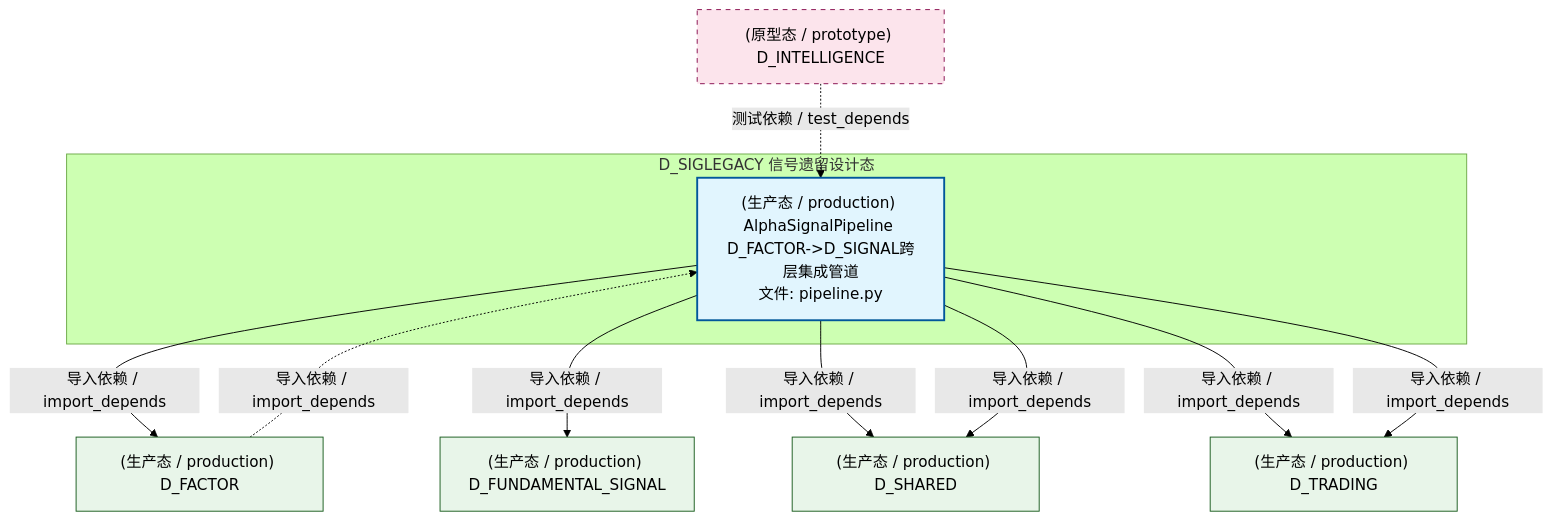
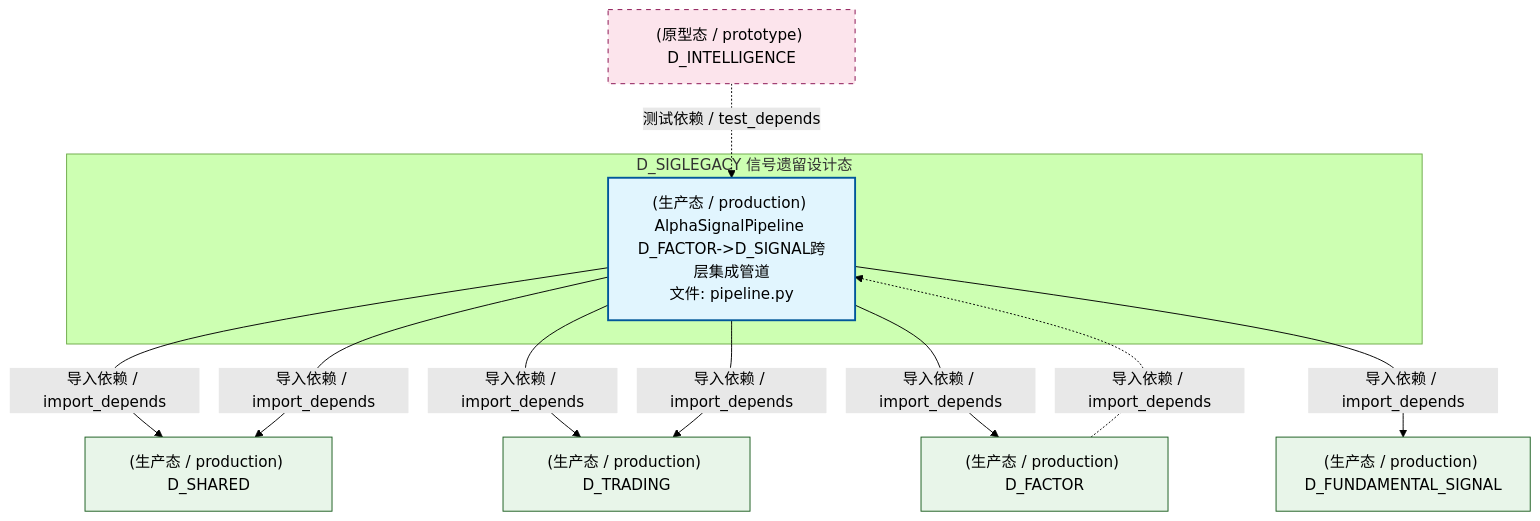
The second of 4 diagrams in docs/02_enterprise_architecture/02_domain_architecture_docs/63_d_siglegacy.md (xuanFelixVan/ZephyrAlpha), drawn with Mermaid (forest theme) before and after one commit. The commit also changed other lines of this file and 124 other files, not shown here.

````diff
--- a/docs/02_enterprise_architecture/02_domain_architecture_docs/63_d_siglegacy.md
+++ b/docs/02_enterprise_architecture/02_domain_architecture_docs/63_d_siglegacy.md
@@ -138,26 +138,26 @@
 ```mermaid
 graph TD
     subgraph D_SIGLEGACY["D_SIGLEGACY 信号遗留设计态"]
         src_zephyr_signal_fundamental_pipeline_py["(生产态 / production) AlphaSignalPipeline D_FACTOR->D_SIGNAL跨层集成管道<br/>文件: pipeline.py"]
     end
+    D_SHARED["(生产态 / production) D_SHARED"]
+    src_zephyr_signal_fundamental_pipeline_py -->|导入依赖 / import_depends| D_SHARED
+    D_TRADING["(生产态 / production) D_TRADING"]
+    src_zephyr_signal_fundamental_pipeline_py -->|导入依赖 / import_depends| D_TRADING
     D_FACTOR["(生产态 / production) D_FACTOR"]
     src_zephyr_signal_fundamental_pipeline_py -->|导入依赖 / import_depends| D_FACTOR
     D_FUNDAMENTAL_SIGNAL["(生产态 / production) D_FUNDAMENTAL_SIGNAL"]
     src_zephyr_signal_fundamental_pipeline_py -->|导入依赖 / import_depends| D_FUNDAMENTAL_SIGNAL
-    D_SHARED["(生产态 / production) D_SHARED"]
     src_zephyr_signal_fundamental_pipeline_py -->|导入依赖 / import_depends| D_SHARED
-    D_TRADING["(生产态 / production) D_TRADING"]
     src_zephyr_signal_fundamental_pipeline_py -->|导入依赖 / import_depends| D_TRADING
-    src_zephyr_signal_fundamental_pipeline_py -->|导入依赖 / import_depends| D_TRADING
-    src_zephyr_signal_fundamental_pipeline_py -->|导入依赖 / import_depends| D_SHARED
     D_FACTOR -.->|导入依赖 / import_depends| src_zephyr_signal_fundamental_pipeline_py
     D_INTELLIGENCE["(原型态 / prototype) D_INTELLIGENCE"]
     D_INTELLIGENCE -.->|测试依赖 / test_depends| src_zephyr_signal_fundamental_pipeline_py
     classDef production fill:#e1f5fe,stroke:#01579b,stroke-width:2px,color:#000
     classDef design fill:#fff3e0,stroke:#e65100,stroke-width:2px,color:#000,stroke-dasharray: 5 5
     classDef external_prod fill:#e8f5e9,stroke:#1b5e20,stroke-width:1px,color:#000
     classDef external_design fill:#fce4ec,stroke:#880e4f,stroke-width:1px,color:#000,stroke-dasharray: 5 5
     class src_zephyr_signal_fundamental_pipeline_py production
-    class D_FACTOR,D_FUNDAMENTAL_SIGNAL,D_SHARED,D_TRADING external_prod
+    class D_SHARED,D_TRADING,D_FACTOR,D_FUNDAMENTAL_SIGNAL external_prod
     class D_INTELLIGENCE external_design
 ```
````
